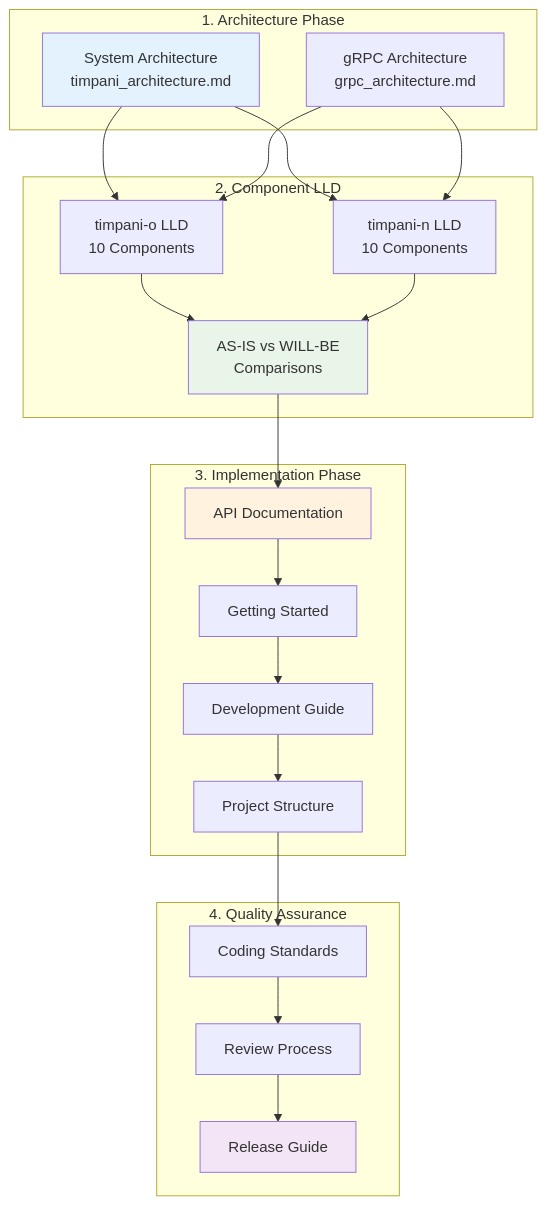
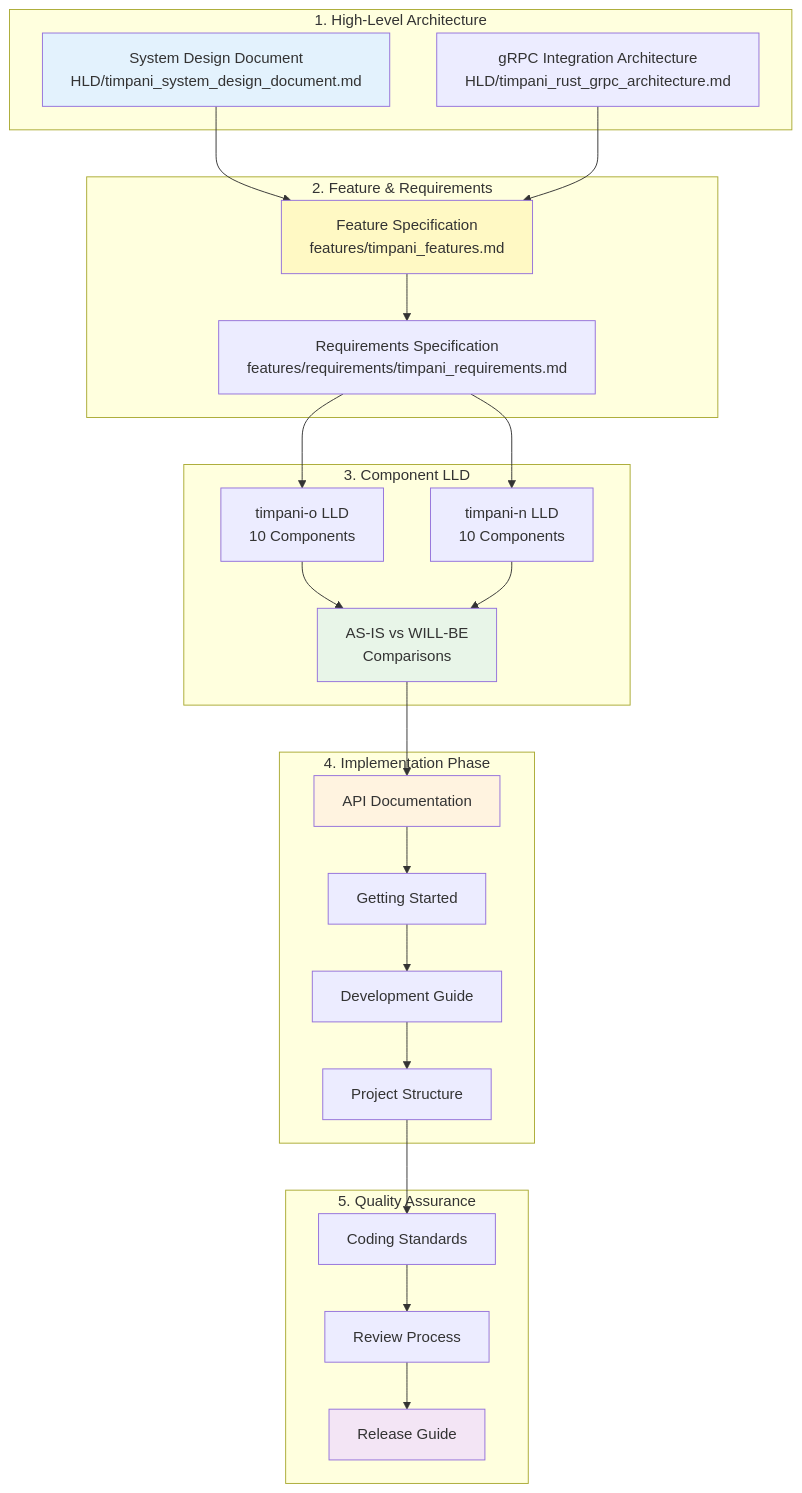
The diagram in doc/README.md (LGSI-KarumuriHari/eclipse_timpani_hari_lgsi), drawn with Mermaid before and after one commit. The commit also changed other lines of this file and 6 other files, not shown here.

First line of the commit message:
Add system requirements and feature specifications for timpani

````diff
--- a/doc/README.md
+++ b/doc/README.md
@@ -112,48 +133,55 @@
 ```mermaid
 graph TD
-    subgraph "1. Architecture Phase"
-        A1[System Architecture<br/>timpani_architecture.md]
-        A2[gRPC Architecture<br/>grpc_architecture.md]
+    subgraph "1. High-Level Architecture"
+        HLD1[System Design Document<br/>HLD/timpani_system_design_document.md]
+        HLD2[gRPC Integration Architecture<br/>HLD/timpani_rust_grpc_architecture.md]
     end
 
-    subgraph "2. Component LLD"
-        H1[timpani-o LLD<br/>10 Components]
-        H2[timpani-n LLD<br/>10 Components]
-        H3[AS-IS vs WILL-BE<br/>Comparisons]
+    subgraph "2. Feature & Requirements"
+        F1[Feature Specification<br/>features/timpani_features.md]
+        F2[Requirements Specification<br/>features/requirements/timpani_requirements.md]
     end
 
-    subgraph "3. Implementation Phase"
+    subgraph "3. Component LLD"
+        LLD1[timpani-o LLD<br/>10 Components]
+        LLD2[timpani-n LLD<br/>10 Components]
+        LLD3[AS-IS vs WILL-BE<br/>Comparisons]
+    end
+
+    subgraph "4. Implementation Phase"
         I1[API Documentation]
         I2[Getting Started]
         I3[Development Guide]
         I4[Project Structure]
     end
 
-    subgraph "4. Quality Assurance"
+    subgraph "5. Quality Assurance"
         Q1[Coding Standards]
         Q2[Review Process]
         Q3[Release Guide]
     end
 
-    A1 --> H1
-    A1 --> H2
-    A2 --> H1
-    A2 --> H2
+    HLD1 --> F1
+    HLD2 --> F1
+    F1 --> F2
+    F2 --> LLD1
+    F2 --> LLD2
 
-    H1 --> H3
-    H2 --> H3
+    LLD1 --> LLD3
+    LLD2 --> LLD3
 
-    H3 --> I1
+    LLD3 --> I1
     I1 --> I2
     I2 --> I3
     I3 --> I4
 
     I4 --> Q1
     Q1 --> Q2
     Q2 --> Q3
 
-    style A1 fill:#e3f2fd
-    style H3 fill:#e8f5e8
+    style HLD1 fill:#e3f2fd
+    style F1 fill:#fff9c4
+    style LLD3 fill:#e8f5e8
     style I1 fill:#fff3e0
     style Q3 fill:#f3e5f5
 ```
````
